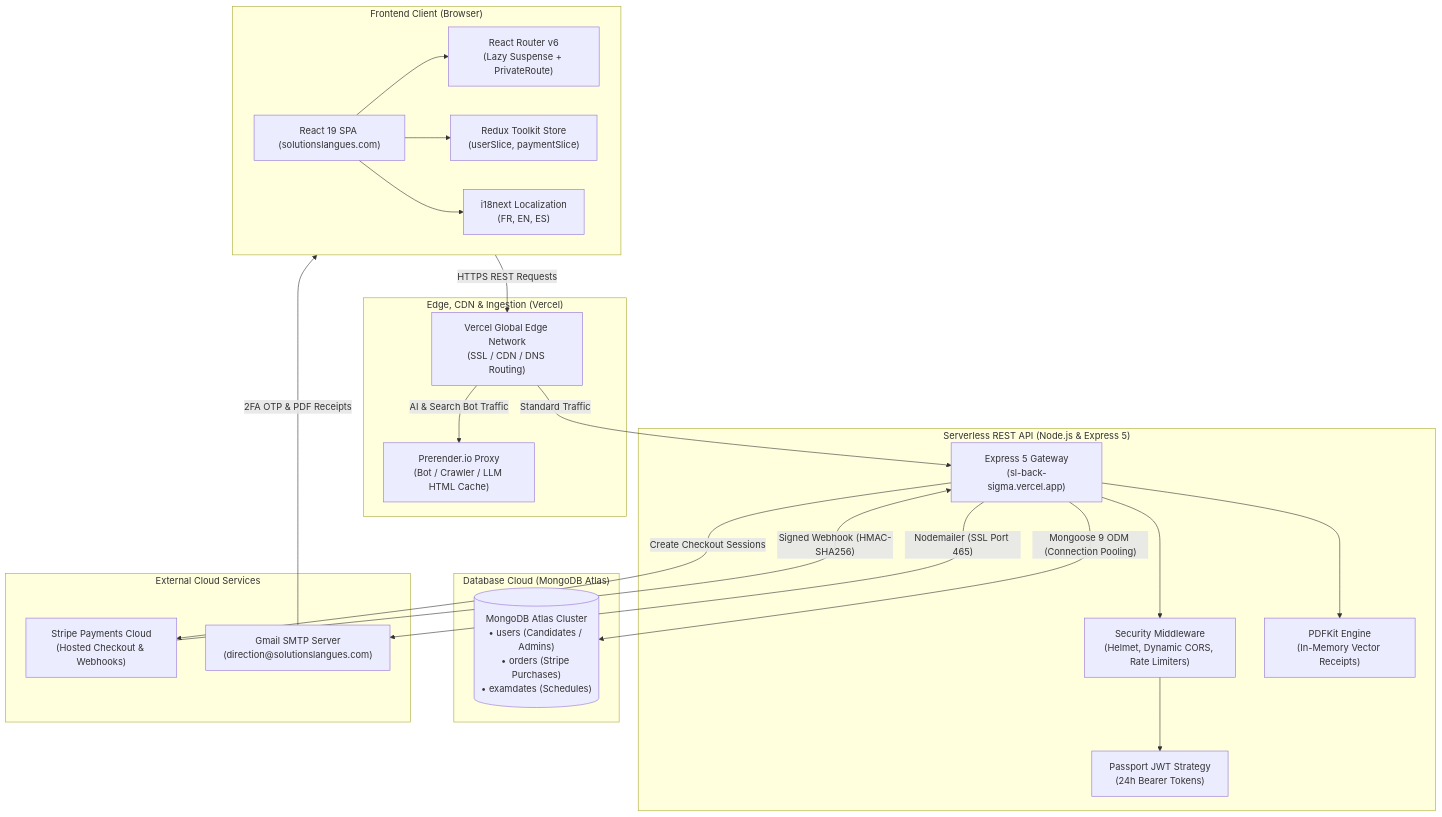
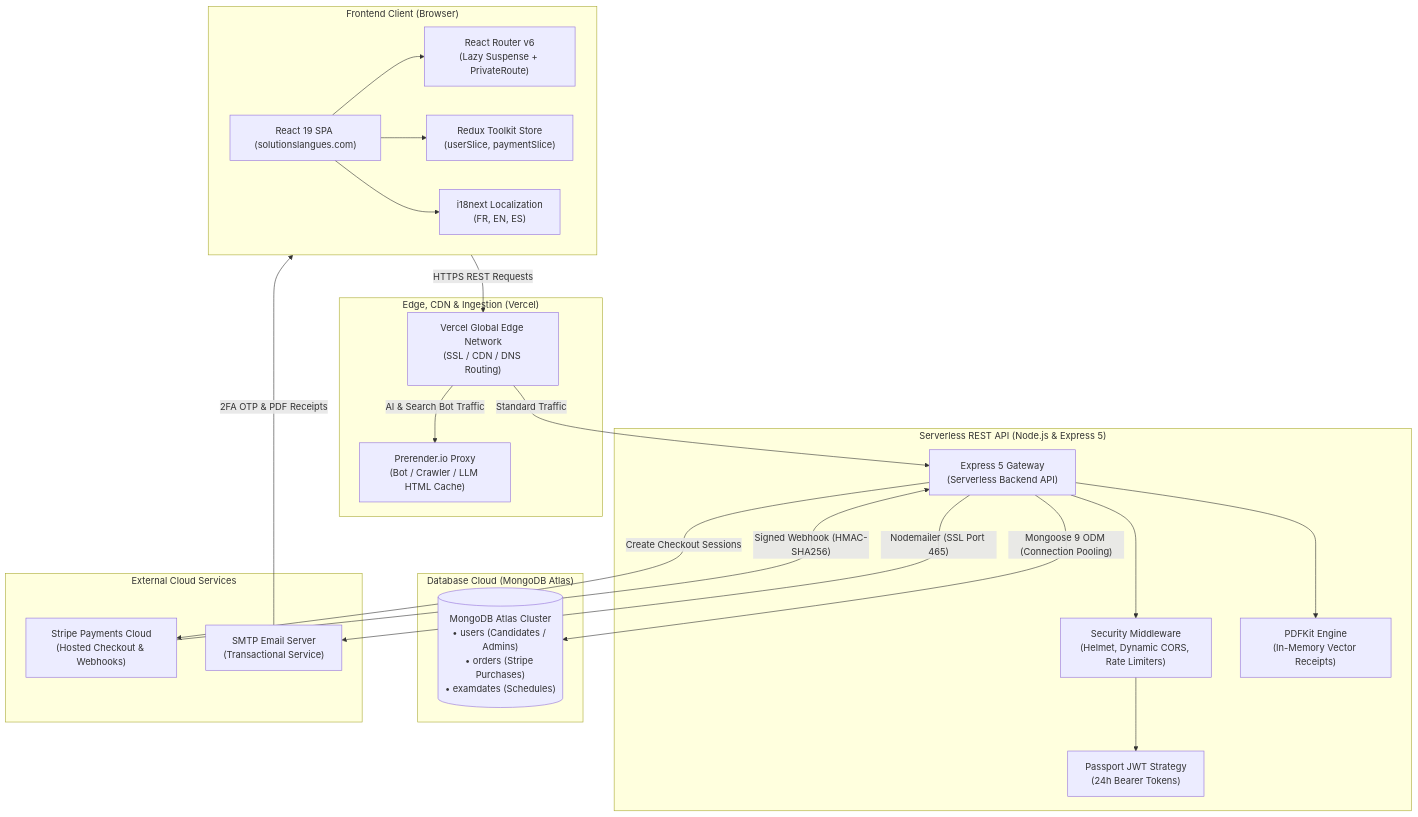
One commit to AmiraZidi/Solutions-Langues-Quebec changed the first of 8 diagrams in DOCUMENTATION.md. Above: the diagram before and after it, drawn with Mermaid. The commit also changed other lines of this file, not shown here.

````diff
--- a/DOCUMENTATION.md
+++ b/DOCUMENTATION.md
@@ -72,47 +72,47 @@
 ```mermaid
 flowchart TB
     subgraph ClientLayer["Frontend Client (Browser)"]
         SPA["React 19 SPA (solutionslangues.com)"]
         Redux["Redux Toolkit Store\n(userSlice, paymentSlice)"]
         Router["React Router v6\n(Lazy Suspense + PrivateRoute)"]
         I18n["i18next Localization\n(FR, EN, ES)"]
         SPA --> Router
         SPA --> Redux
         SPA --> I18n
     end
 
     subgraph EdgeLayer["Edge, CDN & Ingestion (Vercel)"]
         VercelEdge["Vercel Global Edge Network\n(SSL / CDN / DNS Routing)"]
         Prerender["Prerender.io Proxy\n(Bot / Crawler / LLM HTML Cache)"]
     end
 
     subgraph BackendLayer["Serverless REST API (Node.js & Express 5)"]
-        API["Express 5 Gateway\n(sl-back-sigma.vercel.app)"]
+        API["Express 5 Gateway\n(Serverless Backend API)"]
         Security["Security Middleware\n(Helmet, Dynamic CORS, Rate Limiters)"]
         Passport["Passport JWT Strategy\n(24h Bearer Tokens)"]
         PDFGen["PDFKit Engine\n(In-Memory Vector Receipts)"]
         
         API --> Security
         Security --> Passport
         API --> PDFGen
     end
 
     subgraph StorageLayer["Database Cloud (MongoDB Atlas)"]
         Mongo[("MongoDB Atlas Cluster\n• users (Candidates / Admins)\n• orders (Stripe Purchases)\n• examdates (Schedules)")]
     end
 
     subgraph ExternalServices["External Cloud Services"]
         Stripe["Stripe Payments Cloud\n(Hosted Checkout & Webhooks)"]
-        SMTP["Gmail SMTP Server\n(direction@solutionslangues.com)"]
+        SMTP["SMTP Email Server\n(Transactional Service)"]
     end
 
     ClientLayer -->|"HTTPS REST Requests"| VercelEdge
     VercelEdge -->|"AI & Search Bot Traffic"| Prerender
     VercelEdge -->|"Standard Traffic"| API
     
     API -->|"Mongoose 9 ODM (Connection Pooling)"| Mongo
     API -->|"Create Checkout Sessions"| Stripe
     Stripe -->|"Signed Webhook (HMAC-SHA256)"| API
     API -->|"Nodemailer (SSL Port 465)"| SMTP
     SMTP -->|"2FA OTP & PDF Receipts"| ClientLayer
 ```
````
